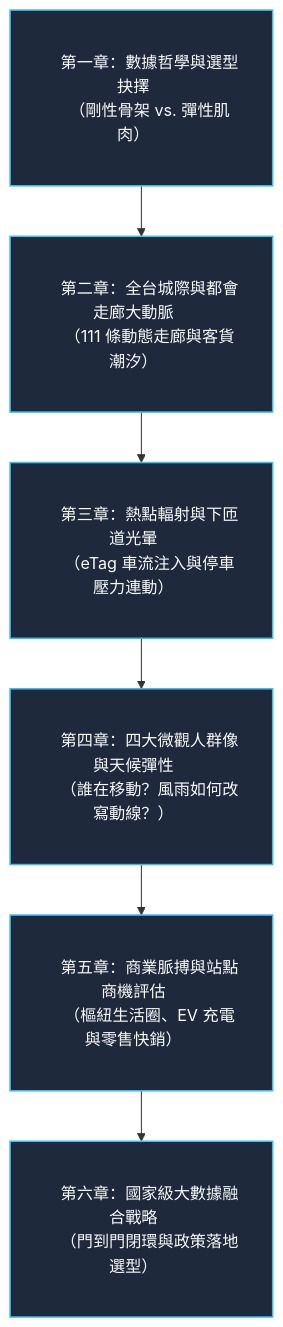
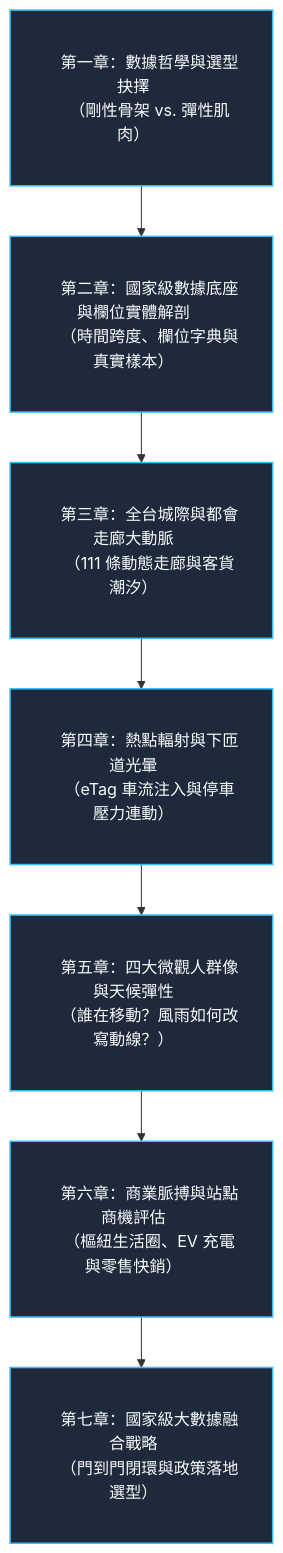
The diagram in docs/README.md (tobytoy/taiwan-mobility-pulse), drawn with Mermaid before and after one commit. The commit also changed other lines of this file and 23 other files, not shown here.

````diff
--- a/docs/README.md
+++ b/docs/README.md
@@ -25,10 +16,11 @@
 ```mermaid
 flowchart TD
     classDef default fill:#1e293b,stroke:#38bdf8,stroke-width:1.5px,color:#f8fafc,padding:16px 50px;
 
-    C1["&emsp;第一章：數據哲學與選型抉擇&emsp;<br/>&emsp;（剛性骨架 vs. 彈性肌肉）&emsp;"] --> C2["&emsp;第二章：全台城際與都會走廊大動脈&emsp;<br/>&emsp;（111 條動態走廊與客貨潮汐）&emsp;"]
-    C2 --> C3["&emsp;第三章：熱點輻射與下匝道光暈&emsp;<br/>&emsp;（eTag 車流注入與停車壓力連動）&emsp;"]
-    C3 --> C4["&emsp;第四章：四大微觀人群像與天候彈性&emsp;<br/>&emsp;（誰在移動？風雨如何改寫動線？）&emsp;"]
-    C4 --> C5["&emsp;第五章：商業脈搏與站點商機評估&emsp;<br/>&emsp;（樞紐生活圈、EV 充電與零售快銷）&emsp;"]
-    C5 --> C6["&emsp;第六章：國家級大數據融合戰略&emsp;<br/>&emsp;（門到門閉環與政策落地選型）&emsp;"]
+    C1["&emsp;第一章：數據哲學與選型抉擇&emsp;<br/>&emsp;（剛性骨架 vs. 彈性肌肉）&emsp;"] --> C2["&emsp;第二章：國家級數據底座與欄位實體解剖&emsp;<br/>&emsp;（時間跨度、欄位字典與真實樣本）&emsp;"]
+    C2 --> C3["&emsp;第三章：全台城際與都會走廊大動脈&emsp;<br/>&emsp;（111 條動態走廊與客貨潮汐）&emsp;"]
+    C3 --> C4["&emsp;第四章：熱點輻射與下匝道光暈&emsp;<br/>&emsp;（eTag 車流注入與停車壓力連動）&emsp;"]
+    C4 --> C5["&emsp;第五章：四大微觀人群像與天候彈性&emsp;<br/>&emsp;（誰在移動？風雨如何改寫動線？）&emsp;"]
+    C5 --> C6["&emsp;第六章：商業脈搏與站點商機評估&emsp;<br/>&emsp;（樞紐生活圈、EV 充電與零售快銷）&emsp;"]
+    C6 --> C7["&emsp;第七章：國家級大數據融合戰略&emsp;<br/>&emsp;（門到門閉環與政策落地選型）&emsp;"]
 ```
````
